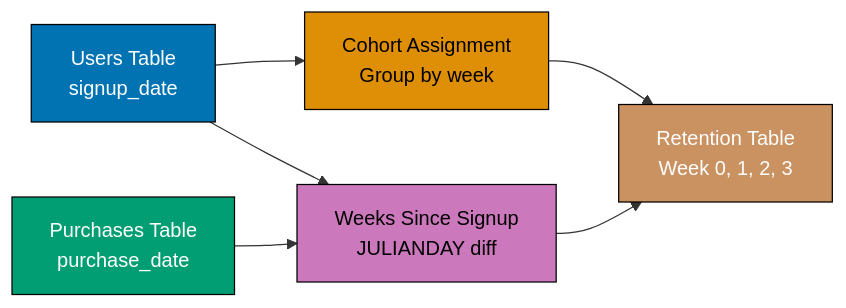
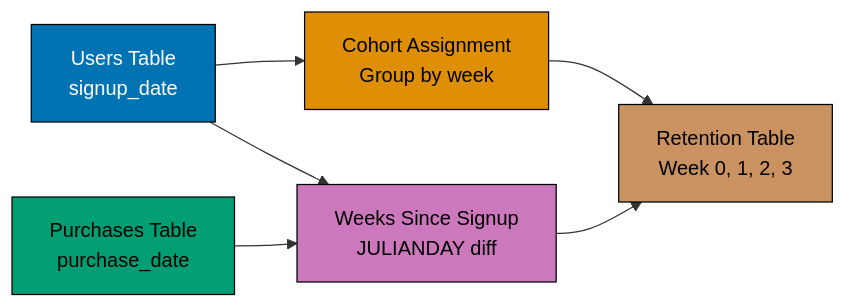
One commit to wahidyankf/ose-public changed the second of 10 diagrams in apps/ayokoding-www/content/en/learn/legacy/software-engineering/data/databases/sql/by-example/advanced.md. Above: the diagram before and after it, drawn with Mermaid. The commit also changed other lines of this file and 131 other files, not shown here.

First line of the commit message:
fix(mermaid): bring the legacy data, infrastructure, and testing diagrams onto the accessible palette

````diff
--- a/apps/ayokoding-www/content/en/learn/legacy/software-engineering/data/databases/sql/by-example/advanced.md
+++ b/apps/ayokoding-www/content/en/learn/legacy/software-engineering/data/databases/sql/by-example/advanced.md
@@ -156,21 +163,29 @@
 ```mermaid
 %% Color Palette: Blue #0173B2, Orange #DE8F05, Teal #029E73, Purple #CC78BC, Brown #CA9161
 graph LR
+    accTitle: Example 62: Cohort Analysis
+    accDescr: Graph with 5 nodes and 5 connections. Nodes: Users Table signup_date, Cohort Assignment Group by week, Purchases Table purchase_date, Weeks Since Signup JULIANDAY diff, Retention Table Week 0, 1, 2, 3. Connections: Users Table signup_date to Cohort Assignment Group by week, Users Table signup_date to Weeks Since Signup JULIANDAY diff, Purchases Table purchase_date to Weeks Since Signup JULIANDAY diff, Cohort Assignment Group by week to Retention Table Week 0, 1, 2, 3, Weeks Since Signup JULIANDAY diff to Retention Table Week 0, 1, 2, 3.
     A["Users Table<br/>signup_date"]
     B["Cohort Assignment<br/>Group by week"]
     C["Purchases Table<br/>purchase_date"]
     D["Weeks Since Signup<br/>JULIANDAY diff"]
     E["Retention Table<br/>Week 0, 1, 2, 3"]
 
     A --> B
     A --> D
     C --> D
     B --> E
     D --> E
 
-    style A fill:#0173B2,stroke:#000,color:#fff
-    style B fill:#DE8F05,stroke:#000,color:#000
-    style C fill:#029E73,stroke:#000,color:#fff
-    style D fill:#CC78BC,stroke:#000,color:#000
-    style E fill:#CA9161,stroke:#000,color:#fff
+    classDef pal-0173B2 fill:#0173B2,stroke:#000000,color:#FFFFFF
+    class A pal-0173B2
+    classDef pal-DE8F05 fill:#DE8F05,stroke:#000000,color:#000000
+    class B pal-DE8F05
+    classDef pal-029E73 fill:#029E73,stroke:#000000,color:#000000
+    class C pal-029E73
+    classDef pal-CC78BC fill:#CC78BC,stroke:#000000,color:#000000
+    class D pal-CC78BC
+    classDef pal-CA9161 fill:#CA9161,stroke:#000000,color:#000000
+    class E pal-CA9161
+    classDef default fill:#FFFFFF,stroke:#000000,color:#000000
 ```
````
